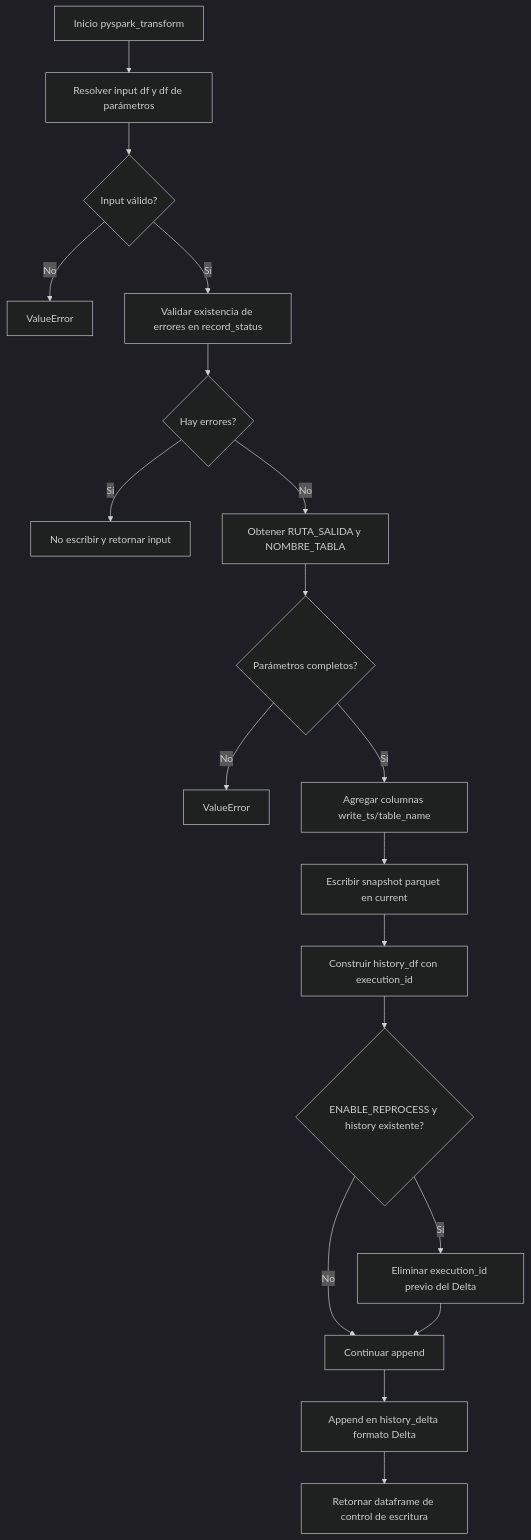
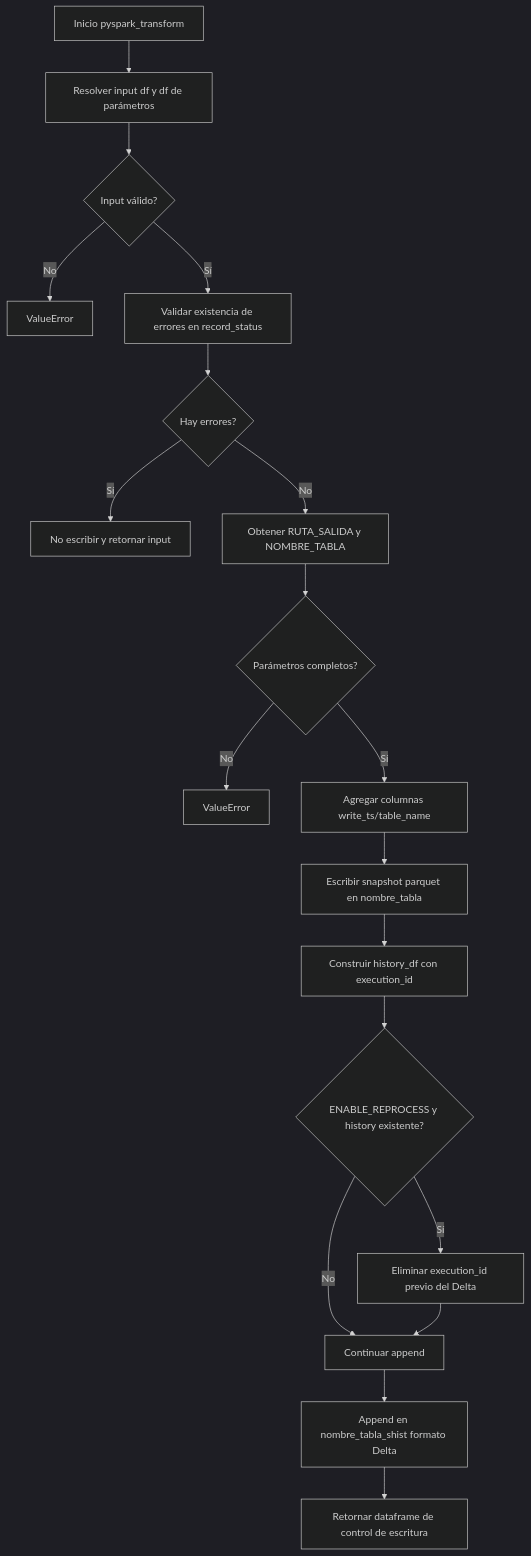
The sixth of 6 diagrams in DIAGRAMAS_FLUJO.md (shperez23/airflow_bp), drawn with Mermaid (dark theme) before and after one commit. The commit also changed 1 other file, not shown here.

Commit message:
Adjust curated write paths to table and _shist naming

````diff
--- a/DIAGRAMAS_FLUJO.md
+++ b/DIAGRAMAS_FLUJO.md
@@ -146,21 +146,21 @@
 ```mermaid
 flowchart TD
     A[Inicio pyspark_transform] --> B[Resolver input df y df de parámetros]
     B --> C{Input válido?}
     C -- No --> Z1[ValueError]
     C -- Sí --> D[Validar existencia de errores en record_status]
     D --> E{Hay errores?}
     E -- Sí --> F[No escribir y retornar input]
     E -- No --> G[Obtener RUTA_SALIDA y NOMBRE_TABLA]
     G --> H{Parámetros completos?}
     H -- No --> Z2[ValueError]
     H -- Sí --> I[Agregar columnas write_ts/table_name]
-    I --> J[Escribir snapshot parquet en current]
+    I --> J[Escribir snapshot parquet en nombre_tabla]
     J --> K[Construir history_df con execution_id]
     K --> L{ENABLE_REPROCESS y history existente?}
     L -- Sí --> M[Eliminar execution_id previo del Delta]
     L -- No --> N[Continuar append]
     M --> N
-    N --> O[Append en history_delta formato Delta]
+    N --> O[Append en nombre_tabla_shist formato Delta]
     O --> P[Retornar dataframe de control de escritura]
 ```
````
